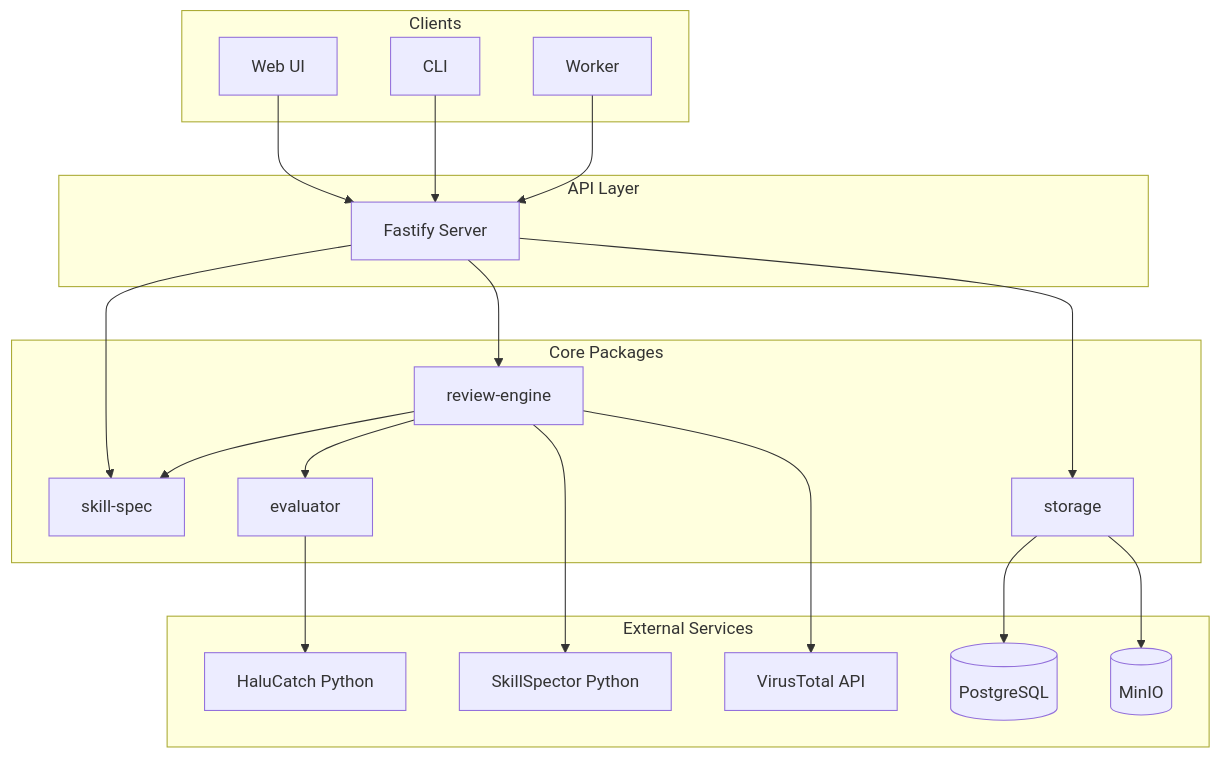
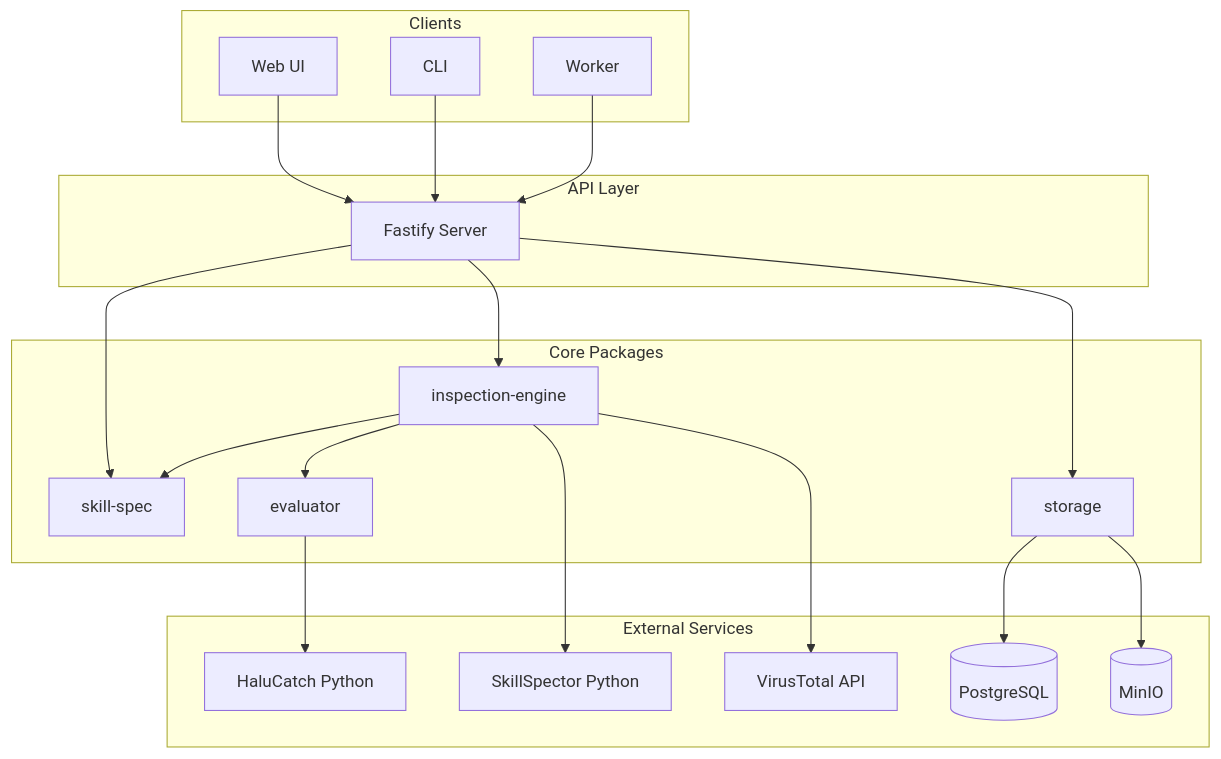
Before and after one commit to CoderMoray/SkillNavigator: the diagram in docs/architecture.md, drawn with Mermaid. The commit also changed other lines of this file and 110 other files, not shown here.

First line of the commit message:
refactor: rename review to inspection in DB, API, and packages

````diff
--- a/docs/architecture.md
+++ b/docs/architecture.md
@@ -40,44 +40,44 @@
 ```mermaid
 flowchart TB
   subgraph clients [Clients]
     Web[Web UI]
     CLI[CLI]
     Worker[Worker]
   end
 
   subgraph api [API Layer]
     Fastify[Fastify Server]
   end
 
   subgraph core [Core Packages]
     SkillSpec[skill-spec]
-    ReviewEngine[review-engine]
+    ReviewEngine[inspection-engine]
     Evaluator[evaluator]
     Storage[storage]
   end
 
   subgraph external [External Services]
     PG[(PostgreSQL)]
     MinIO[(MinIO)]
     SkillSpector[SkillSpector Python]
     VirusTotal[VirusTotal API]
     HaluCatch[HaluCatch Python]
   end
 
   Web --> Fastify
   CLI --> Fastify
   Worker --> Fastify
 
   Fastify --> SkillSpec
   Fastify --> ReviewEngine
   Fastify --> Storage
 
   ReviewEngine --> SkillSpec
   ReviewEngine --> Evaluator
   ReviewEngine --> SkillSpector
   ReviewEngine --> VirusTotal
   Evaluator --> HaluCatch
 
   Storage --> PG
   Storage --> MinIO
 ```
````
